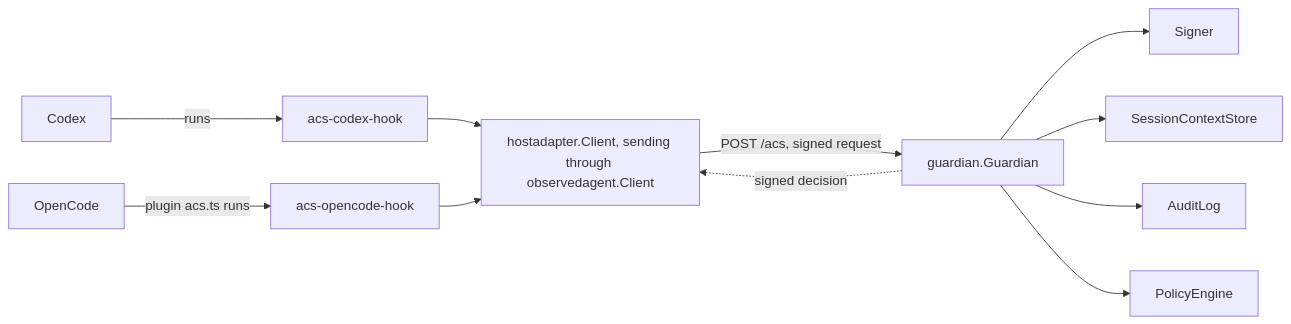
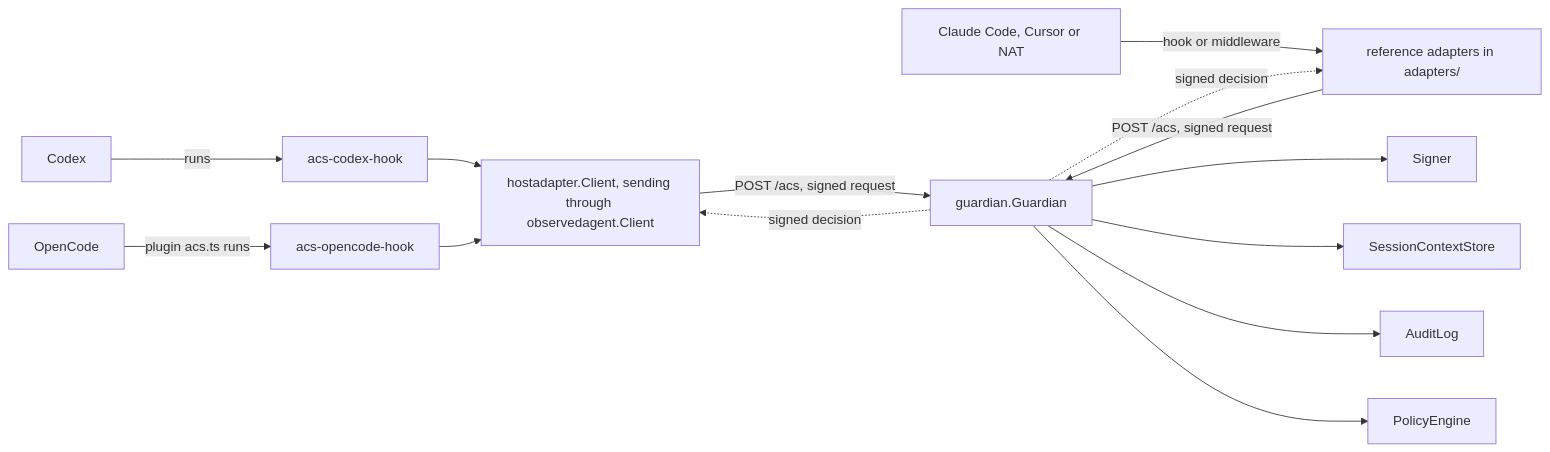
Before and after one commit to GenAI-Security-Project/agent-control-standard: the first of 8 diagrams in reference-implementations/agt-go/docs/architecture.md, drawn with Mermaid. The commit also changed other lines of this file and 67 other files, not shown here.

````diff
--- a/reference-implementations/agt-go/docs/architecture.md
+++ b/reference-implementations/agt-go/docs/architecture.md
@@ -10,13 +10,16 @@
 ```mermaid
 flowchart LR
     Codex["Codex"] -->|runs| CH["acs-codex-hook"]
     OpenCode["OpenCode"] -->|"plugin acs.ts runs"| OH["acs-opencode-hook"]
     CH --> HA["hostadapter.Client, sending through observedagent.Client"]
     OH --> HA
     HA -->|"POST /acs, signed request"| G["guardian.Guardian"]
     G -.->|"signed decision"| HA
+    Hosts["Claude Code, Cursor or NAT"] -->|"hook or middleware"| PA["reference adapters in adapters/"]
+    PA -->|"POST /acs, signed request"| G
+    G -.->|"signed decision"| PA
     G --> S["Signer"]
     G --> SC["SessionContextStore"]
     G --> AL["AuditLog"]
     G --> PE["PolicyEngine"]
 ```
````
